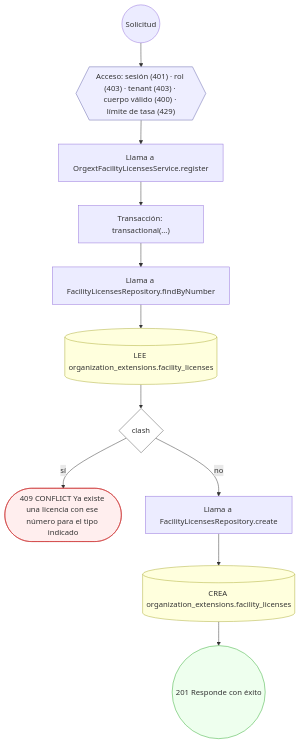
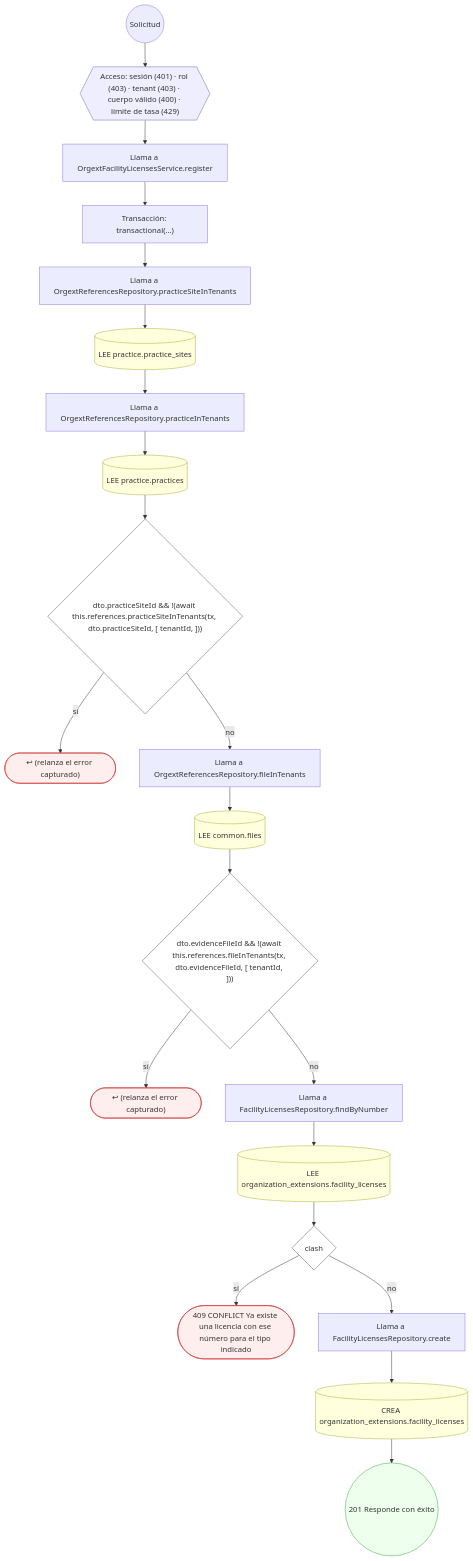
Before and after one commit to mdavila-2001/mantra-core-health-api: the fifth of 10 diagrams in docs/inventario/flujos/organization_extensions.md, drawn with Mermaid. The commit also changed other lines of this file and 438 other files, not shown here.

````diff
--- a/docs/inventario/flujos/organization_extensions.md
+++ b/docs/inventario/flujos/organization_extensions.md
@@ -275,30 +325,50 @@
 ```mermaid
 flowchart TD
   n1(("Solicitud")):::inicio
   n2{{"Acceso: sesión (401) · rol (403) · tenant (403) · cuerpo válido (400) · límite de tasa (429)"}}:::acceso
   n1 --> n2
   n3["Llama a OrgextFacilityLicensesService.register"]:::llamada
   n2 --> n3
   n4["Transacción: transactional(…)"]:::transaccion
   n3 --> n4
-  n5["Llama a FacilityLicensesRepository.findByNumber"]:::llamada
+  n5["Llama a OrgextReferencesRepository.practiceSiteInTenants"]:::llamada
   n4 --> n5
-  n6[("LEE organization_extensions.facility_licenses")]:::efecto
+  n6[("LEE practice.practice_sites")]:::efecto
   n5 --> n6
-  n7{"clash"}:::decision
+  n7["Llama a OrgextReferencesRepository.practiceInTenants"]:::llamada
   n6 --> n7
-  n8(["409 CONFLICT Ya existe una licencia con ese número para el tipo indicado"]):::error
-  n7 -->|"sí"| n8
-  n9["Llama a FacilityLicensesRepository.create"]:::llamada
-  n7 -->|"no"| n9
-  n10[("CREA organization_extensions.facility_licenses")]:::efecto
-  n9 --> n10
-  n11(("201 Responde con éxito")):::ok
-  n10 --> n11
+  n8[("LEE practice.practices")]:::efecto
+  n7 --> n8
+  n9{"dto.practiceSiteId && !(await this.references.practiceSiteInTenants(tx, dto.practiceSiteId, [ tenantId, ]))"}:::decision
+  n8 --> n9
+  n10(["↩ (relanza el error capturado)"]):::error
+  n9 -->|"sí"| n10
+  n11["Llama a OrgextReferencesRepository.fileInTenants"]:::llamada
+  n9 -->|"no"| n11
+  n12[("LEE common.files")]:::efecto
+  n11 --> n12
+  n13{"dto.evidenceFileId && !(await this.references.fileInTenants(tx, dto.evidenceFileId, [ tenantId, ]))"}:::decision
+  n12 --> n13
+  n14(["↩ (relanza el error capturado)"]):::error
+  n13 -->|"sí"| n14
+  n15["Llama a FacilityLicensesRepository.findByNumber"]:::llamada
+  n13 -->|"no"| n15
+  n16[("LEE organization_extensions.facility_licenses")]:::efecto
+  n15 --> n16
+  n17{"clash"}:::decision
+  n16 --> n17
+  n18(["409 CONFLICT Ya existe una licencia con ese número para el tipo indicado"]):::error
+  n17 -->|"sí"| n18
+  n19["Llama a FacilityLicensesRepository.create"]:::llamada
+  n17 -->|"no"| n19
+  n20[("CREA organization_extensions.facility_licenses")]:::efecto
+  n19 --> n20
+  n21(("201 Responde con éxito")):::ok
+  n20 --> n21
   classDef acceso fill:#eef,stroke:#66a
   classDef error fill:#fee,stroke:#c33
   classDef ok fill:#efe,stroke:#3a3
   classDef efecto fill:#ffd,stroke:#aa3
   classDef decision fill:#fff,stroke:#555
   classDef corte fill:#eee,stroke:#999,stroke-dasharray: 4
 ```
````
